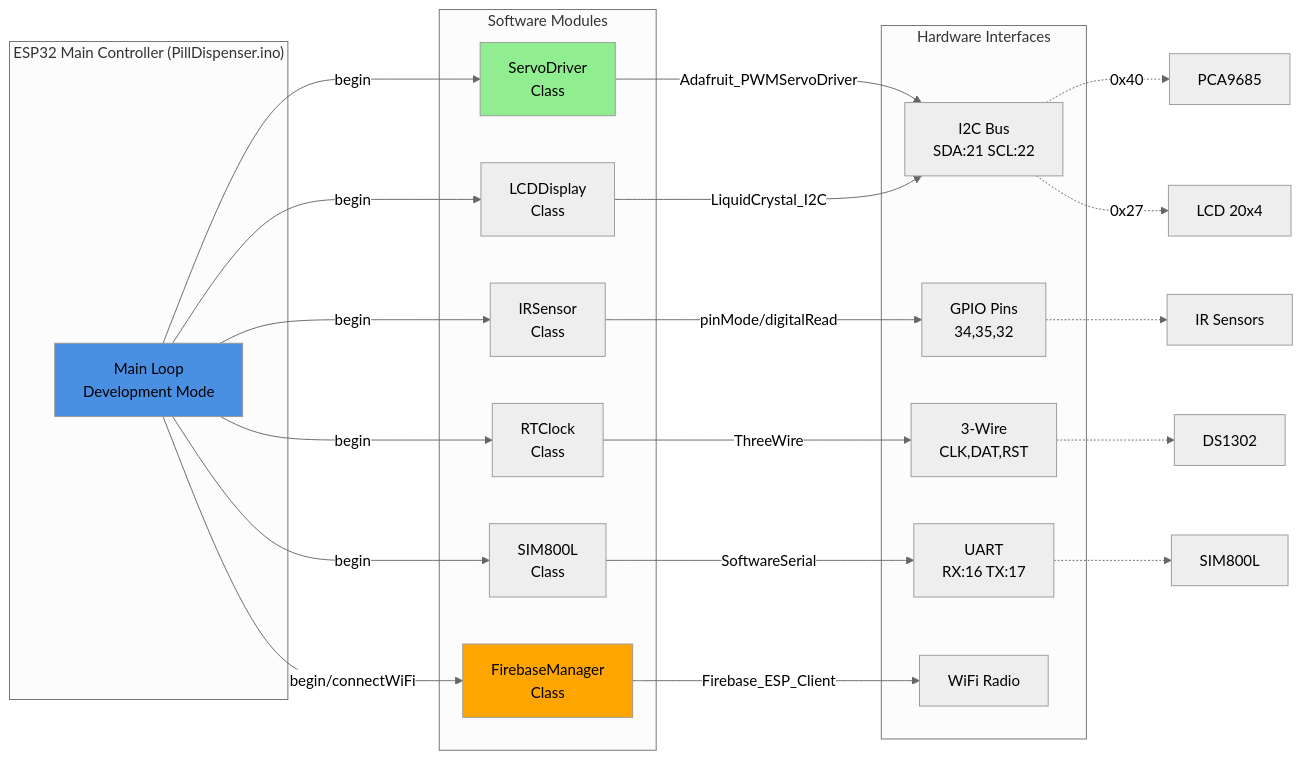
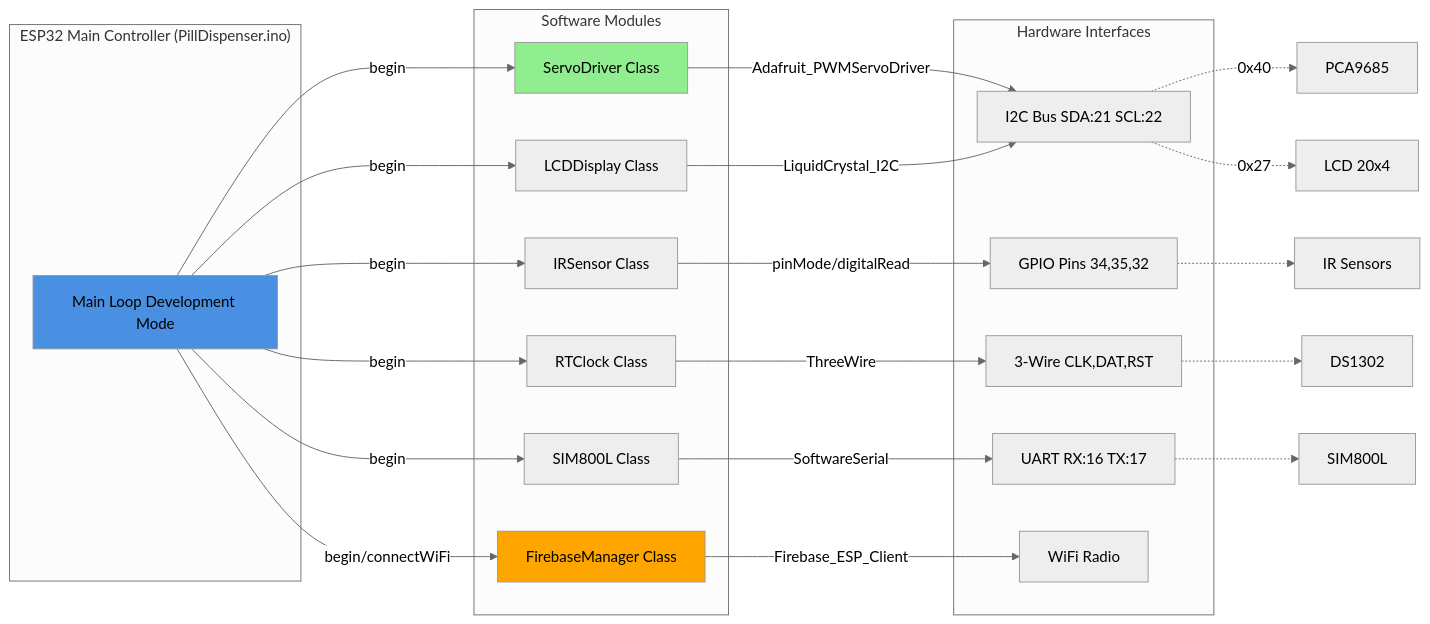
Diagram 11 of 17 in diagram/MERMAID_DIAGRAMS.md (qppd/Pill-Dispenser-V3), drawn with Mermaid (neutral theme) before and after one commit. The commit also changed other lines of this file, not shown here.

Commit message:
Update Mermaid diagrams with rendering fixes

````diff
--- a/diagram/MERMAID_DIAGRAMS.md
+++ b/diagram/MERMAID_DIAGRAMS.md
@@ -601,47 +601,47 @@
 ```mermaid
 flowchart LR
     subgraph ESP32_MAIN["ESP32 Main Controller (PillDispenser.ino)"]
-        MAIN[Main Loop<br/>Development Mode]
+        MAIN[Main Loop Development Mode]
     end
     
     subgraph MODULES["Software Modules"]
-        SERVO[ServoDriver<br/>Class]
-        IR[IRSensor<br/>Class]
-        LCD[LCDDisplay<br/>Class]
-        RTC[RTClock<br/>Class]
-        FB[FirebaseManager<br/>Class]
-        GSM[SIM800L<br/>Class]
+        SERVO[ServoDriver Class]
+        IR[IRSensor Class]
+        LCD[LCDDisplay Class]
+        RTC[RTClock Class]
+        FB[FirebaseManager Class]
+        GSM[SIM800L Class]
     end
     
     subgraph HARDWARE["Hardware Interfaces"]
-        I2C_BUS[I2C Bus<br/>SDA:21 SCL:22]
-        GPIO[GPIO Pins<br/>34,35,32]
-        WIRE3[3-Wire<br/>CLK,DAT,RST]
-        UART[UART<br/>RX:16 TX:17]
+        I2C_BUS[I2C Bus SDA:21 SCL:22]
+        GPIO[GPIO Pins 34,35,32]
+        WIRE3[3-Wire CLK,DAT,RST]
+        UART[UART RX:16 TX:17]
         WIFI[WiFi Radio]
     end
     
     MAIN -->|begin| SERVO
     MAIN -->|begin| IR
     MAIN -->|begin| LCD
     MAIN -->|begin| RTC
     MAIN -->|begin/connectWiFi| FB
     MAIN -->|begin| GSM
     
     SERVO -->|Adafruit_PWMServoDriver| I2C_BUS
     LCD -->|LiquidCrystal_I2C| I2C_BUS
     IR -->|pinMode/digitalRead| GPIO
     RTC -->|ThreeWire| WIRE3
     GSM -->|SoftwareSerial| UART
     FB -->|Firebase_ESP_Client| WIFI
     
     I2C_BUS -.->|0x40| PCA[PCA9685]
     I2C_BUS -.->|0x27| LCD_HW[LCD 20x4]
     GPIO -.-> IR_HW[IR Sensors]
     WIRE3 -.-> RTC_HW[DS1302]
     UART -.-> GSM_HW[SIM800L]
     
     style MAIN fill:#4A90E2
     style SERVO fill:#90EE90
     style FB fill:#FFA500
 ```
````
